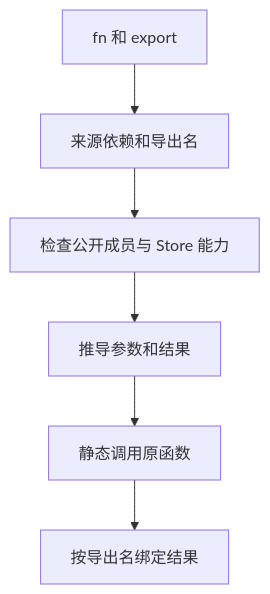
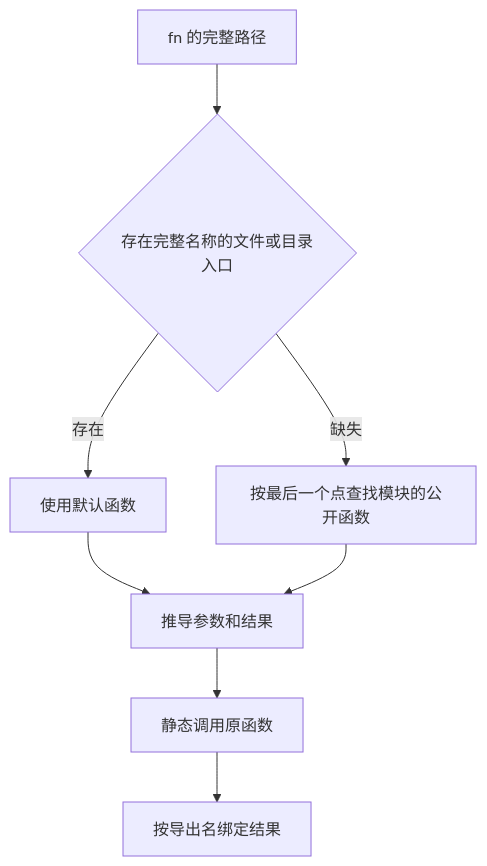
The second of 2 diagrams in docs/2026-11-17/RX命名函数直接调用.md (MatrixAges/zray), drawn with Mermaid before and after one commit. The commit also changed other lines of this file and 56 other files, not shown here.

````diff
--- a/docs/2026-11-17/RX命名函数直接调用.md
+++ b/docs/2026-11-17/RX命名函数直接调用.md
@@ -20,8 +20,10 @@
 ```mermaid
 flowchart TD
-    A[fn 和 export] --> B[来源依赖和导出名]
-    B --> C[检查公开成员与 Store 能力]
+    A[fn 的完整路径] --> B{存在完整名称的文件或目录入口}
+    B -->|存在| G[使用默认函数]
+    B -->|缺失| C[按最后一个点查找模块的公开函数]
+    G --> D
     C --> D[推导参数和结果]
     D --> E[静态调用原函数]
     E --> F[按导出名绑定结果]
 ```
````
